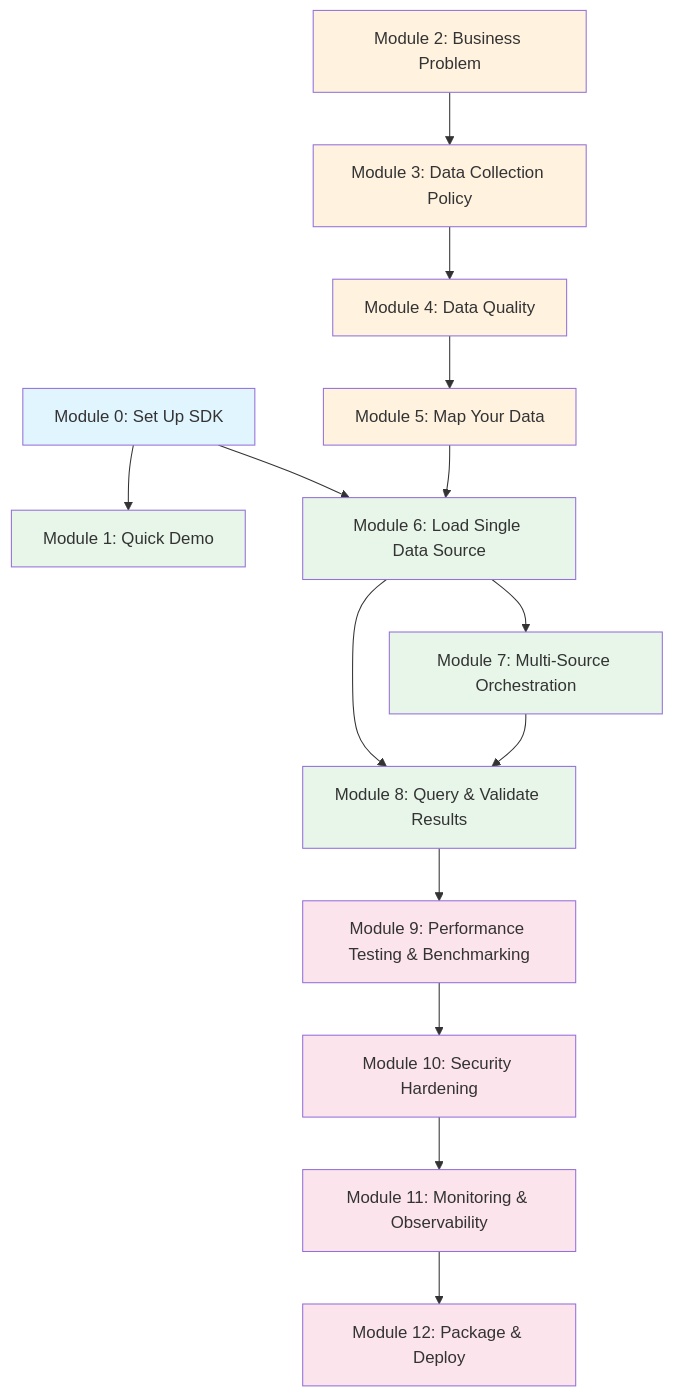
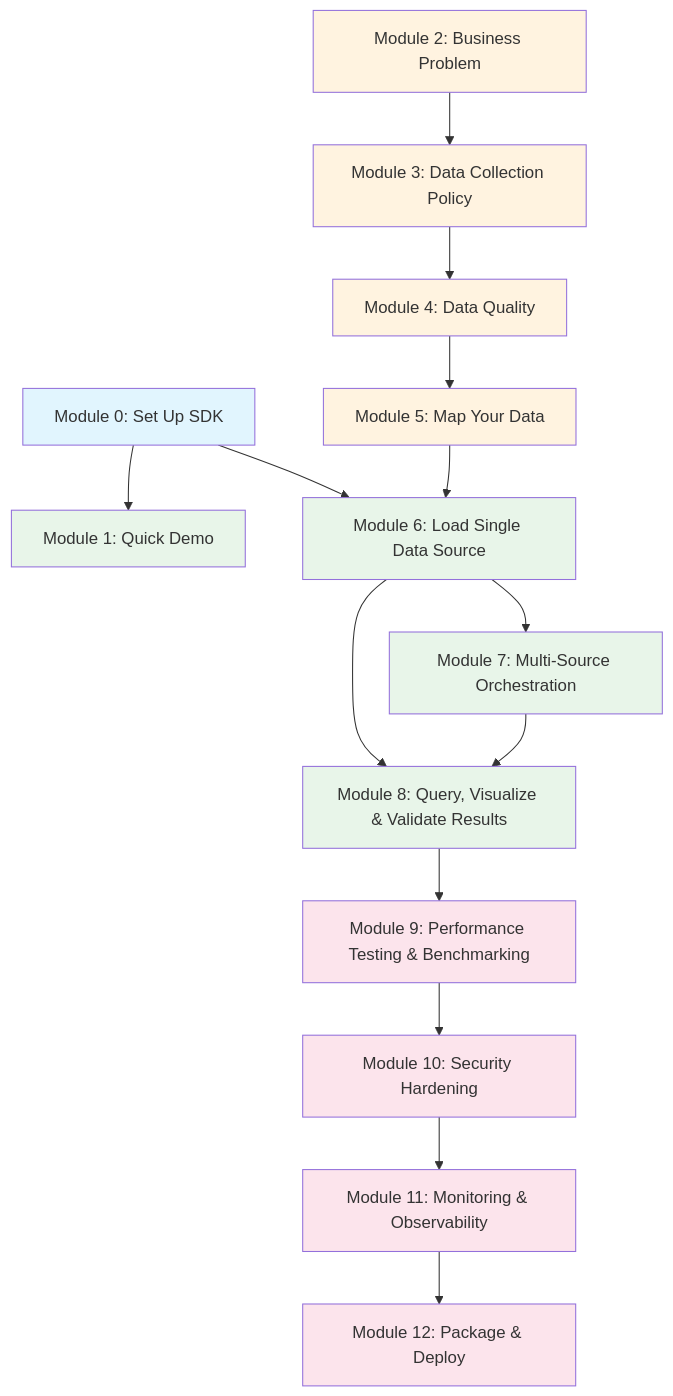
One commit to docktermj/senzing-bootcamp-kiro-powers changed the diagram in senzing-bootcamp/docs/diagrams/module-prerequisites.md. Above: the diagram before and after it, drawn with Mermaid. The commit also changed 59 other files, not shown here.

````diff
--- a/senzing-bootcamp/docs/diagrams/module-prerequisites.md
+++ b/senzing-bootcamp/docs/diagrams/module-prerequisites.md
@@ -5,33 +5,33 @@
 ```mermaid
 graph TD
     M0[Module 0: Set Up SDK] --> M1[Module 1: Quick Demo]
     M0 --> M6[Module 6: Load Single Data Source]
 
     M2[Module 2: Business Problem] --> M3[Module 3: Data Collection Policy]
     M3 --> M4[Module 4: Data Quality]
     M4 --> M5[Module 5: Map Your Data]
     M5 --> M6
 
     M6 --> M7[Module 7: Multi-Source Orchestration]
-    M6 --> M8[Module 8: Query & Validate Results]
+    M6 --> M8[Module 8: Query, Visualize & Validate Results]
     M7 --> M8
 
     M8 --> M9[Module 9: Performance Testing & Benchmarking]
     M9 --> M10[Module 10: Security Hardening]
     M10 --> M11[Module 11: Monitoring & Observability]
     M11 --> M12[Module 12: Package & Deploy]
 
     style M0 fill:#e1f5fe
     style M1 fill:#e8f5e9
     style M2 fill:#fff3e0
     style M3 fill:#fff3e0
     style M4 fill:#fff3e0
     style M5 fill:#fff3e0
     style M6 fill:#e8f5e9
     style M7 fill:#e8f5e9
     style M8 fill:#e8f5e9
     style M9 fill:#fce4ec
     style M10 fill:#fce4ec
     style M11 fill:#fce4ec
     style M12 fill:#fce4ec
 ```
````
